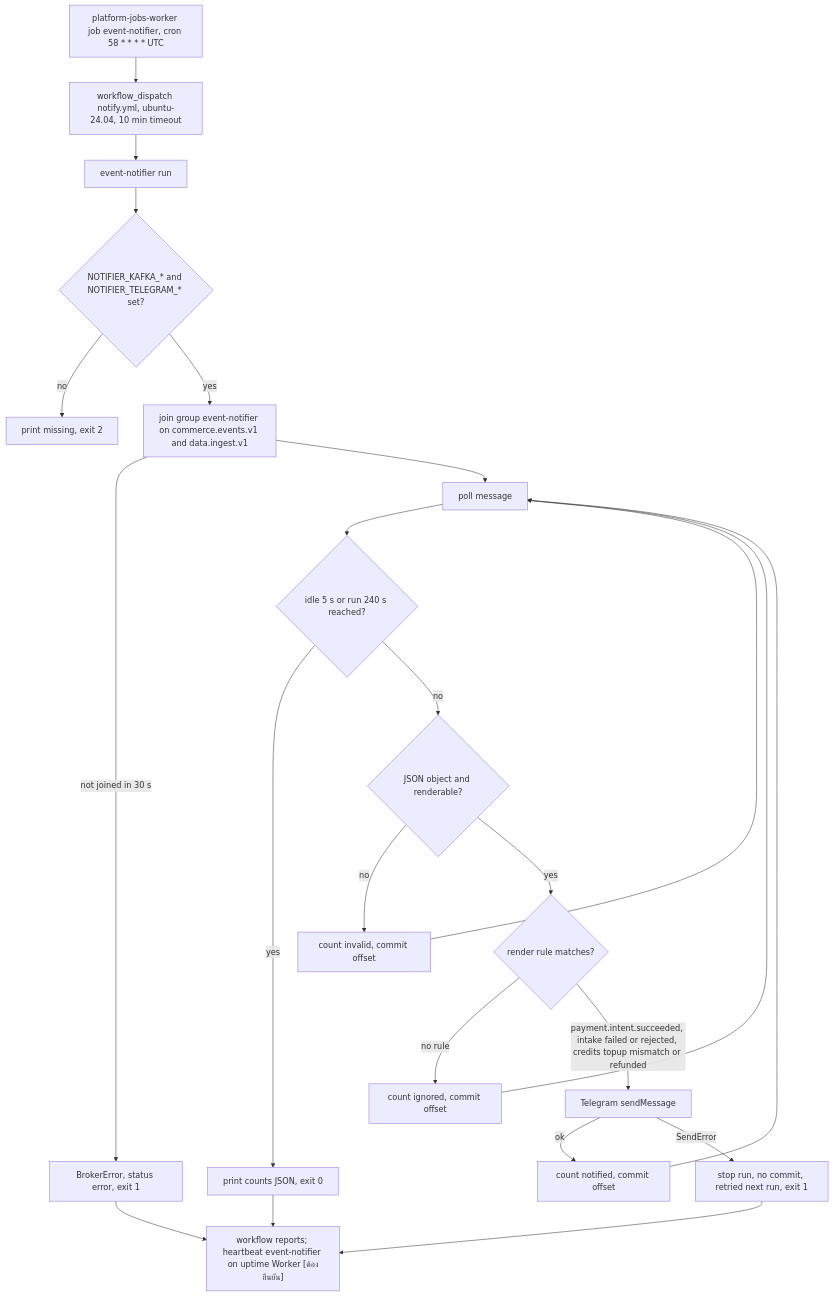
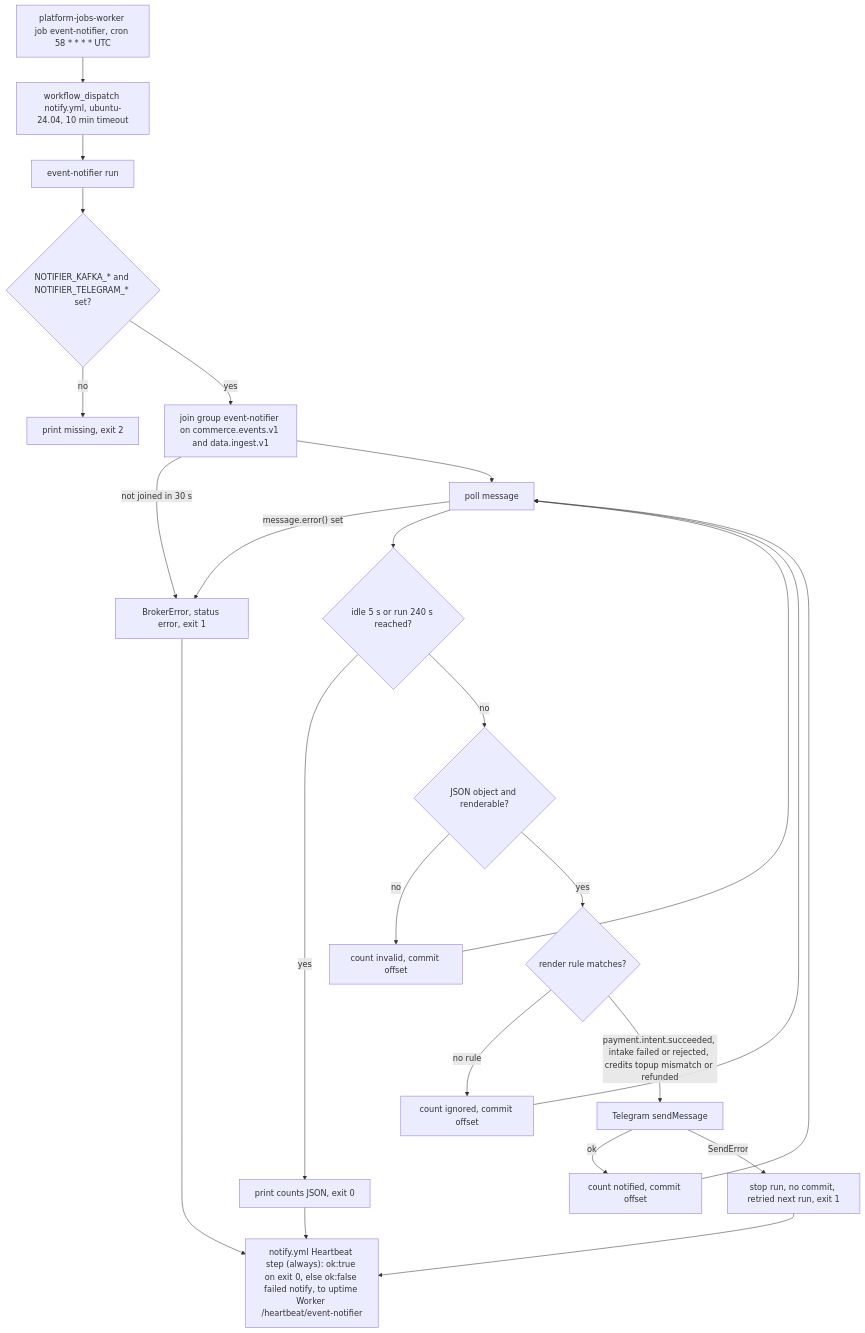
One commit to bookchaowalit/platform-event-notifier changed the diagram in docs/diagrams/01-business-process.md. Above: the diagram before and after it, drawn with Mermaid. The commit also changed other lines of this file, not shown here.

````diff
--- a/docs/diagrams/01-business-process.md
+++ b/docs/diagrams/01-business-process.md
@@ -9,25 +9,26 @@
 ```mermaid
 flowchart TD
   JOBS["platform-jobs-worker job event-notifier, cron 58 * * * * UTC"] --> GHA["workflow_dispatch notify.yml, ubuntu-24.04, 10 min timeout"]
   GHA --> MAIN["event-notifier run"]
   MAIN --> ENV{"NOTIFIER_KAFKA_* and NOTIFIER_TELEGRAM_* set?"}
   ENV -->|no| EXIT2["print missing, exit 2"]
   ENV -->|yes| JOIN["join group event-notifier on commerce.events.v1 and data.ingest.v1"]
   JOIN -->|"not joined in 30 s"| BERR["BrokerError, status error, exit 1"]
   JOIN --> POLL["poll message"]
+  POLL -->|"message.error() set"| BERR
   POLL --> IDLE{"idle 5 s or run 240 s reached?"}
   IDLE -->|yes| DONE["print counts JSON, exit 0"]
   IDLE -->|no| PARSE{"JSON object and renderable?"}
   PARSE -->|no| INVALID["count invalid, commit offset"]
   PARSE -->|yes| RULE{"render rule matches?"}
   RULE -->|"no rule"| IGNORED["count ignored, commit offset"]
   RULE -->|"payment.intent.succeeded, intake failed or rejected, credits topup mismatch or refunded"| SEND["Telegram sendMessage"]
   SEND -->|ok| NOTIFIED["count notified, commit offset"]
   SEND -->|"SendError"| SERR["stop run, no commit, retried next run, exit 1"]
   INVALID --> POLL
   IGNORED --> POLL
   NOTIFIED --> POLL
-  DONE --> HB["workflow reports; heartbeat event-notifier on uptime Worker [ต้องยืนยัน]"]
+  DONE --> HB["notify.yml Heartbeat step (always): ok:true on exit 0, else ok:false failed notify, to uptime Worker /heartbeat/event-notifier"]
   SERR --> HB
   BERR --> HB
 ```
````
